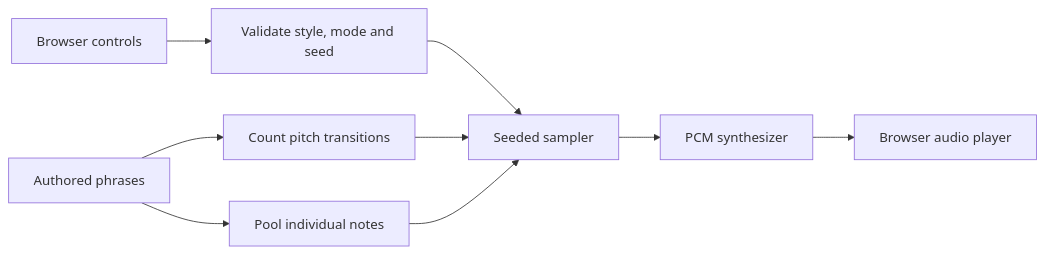
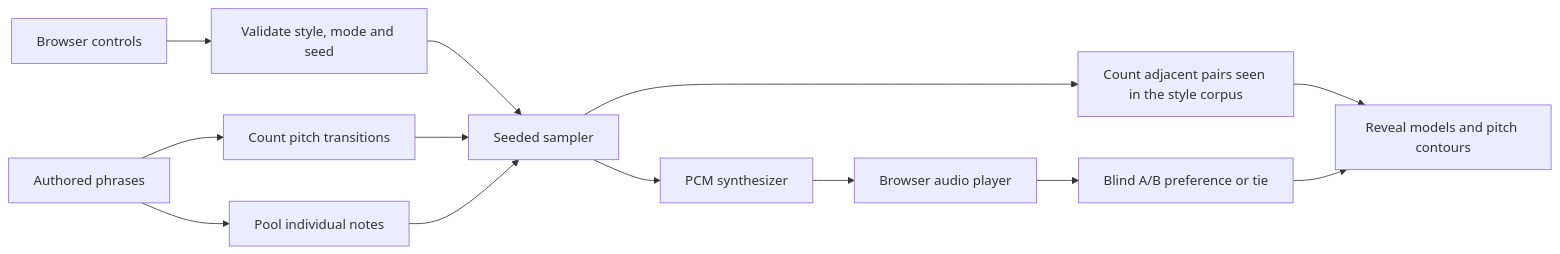
The diagram in DESIGN.md (Utkrisht-sum/Gen-AI-Project), drawn with Mermaid before and after one commit. The commit also changed other lines of this file and 3 other files, not shown here.

Commit message:
Add blind listening rounds with model and pitch reveals

````diff
--- a/DESIGN.md
+++ b/DESIGN.md
@@ -9,11 +9,15 @@
    ```mermaid
    flowchart LR
      UI[Browser controls] --> V[Validate style, mode and seed]
      P[Authored phrases] --> M[Count pitch transitions]
      P --> B[Pool individual notes]
      V --> S[Seeded sampler]
      M --> S
      B --> S
      S --> W[PCM synthesizer]
      W --> A[Browser audio player]
+     S --> E[Count adjacent pairs seen in the style corpus]
+     A --> VOTE[Blind A/B preference or tie]
+     E --> R[Reveal models and pitch contours]
+     VOTE --> R
    ```
````
